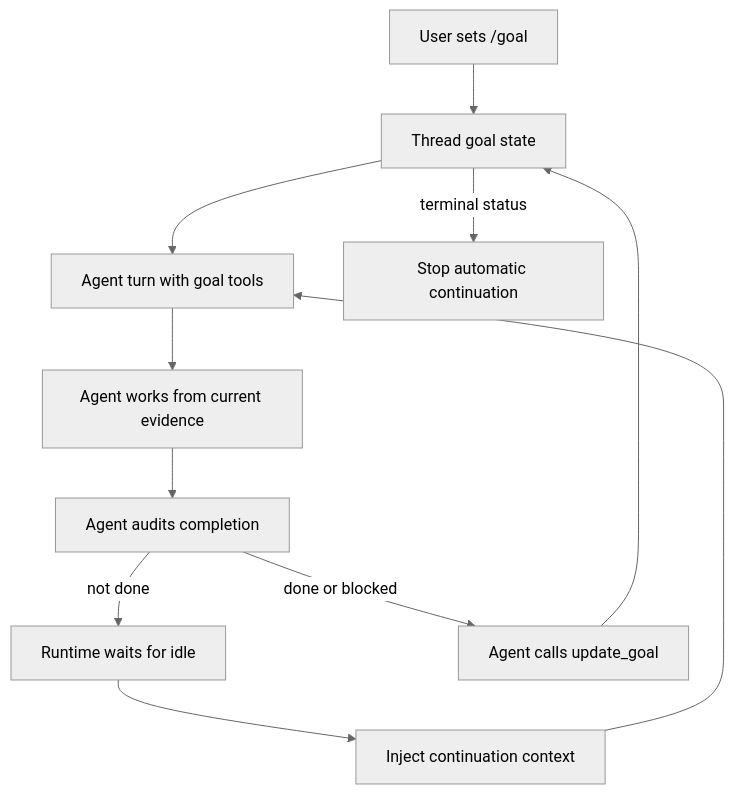
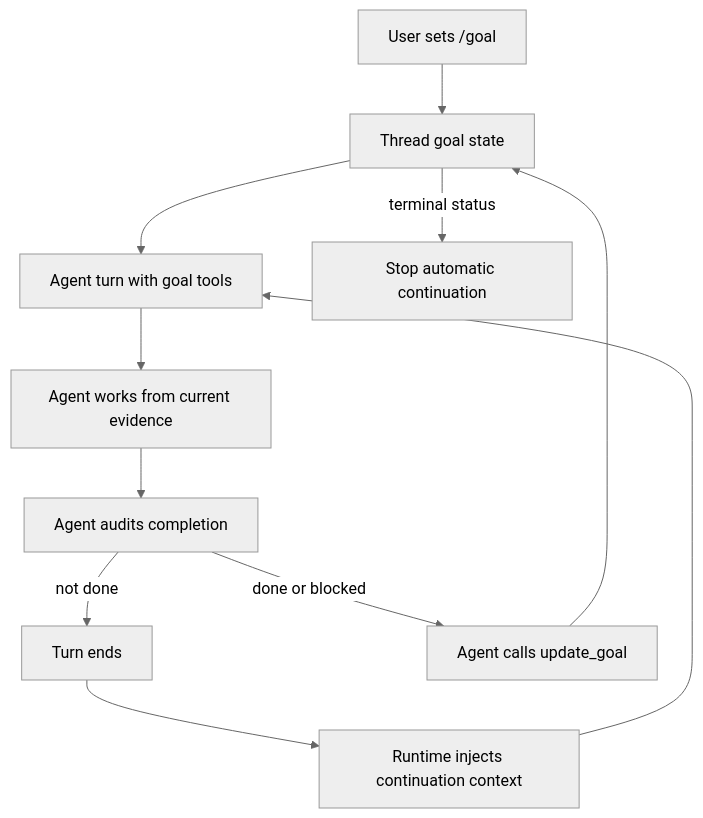
The second of 3 diagrams in docs/design/goal-runner.md (owainlewis/neo), drawn with Mermaid (neutral theme) before and after one commit. The commit also changed other lines of this file and 2 other files, not shown here.

````diff
--- a/docs/design/goal-runner.md
+++ b/docs/design/goal-runner.md
@@ -118,13 +122,13 @@
 ```mermaid
 flowchart TD
     A["User sets /goal"] --> B["Thread goal state"]
     B --> C["Agent turn with goal tools"]
     C --> D["Agent works from current evidence"]
     D --> E["Agent audits completion"]
-    E -->|not done| F["Runtime waits for idle"]
-    F --> G["Inject continuation context"]
+    E -->|not done| F["Turn ends"]
+    F --> G["Runtime injects continuation context"]
     G --> C
     E -->|done or blocked| H["Agent calls update_goal"]
     H --> B
     B -->|terminal status| I["Stop automatic continuation"]
 ```
````
